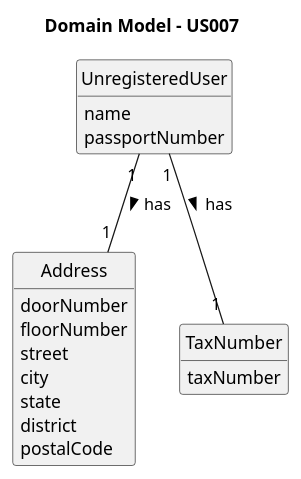
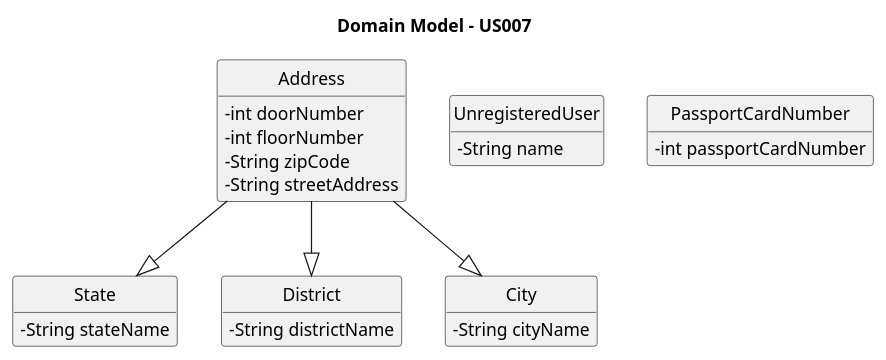
Before and after one commit to 1220812/LAPR2: the diagram in docs/sprintC/us007/02.analysis/puml/us007-domain-model.puml, drawn with PlantUML. The commit also changed 19 other files, not shown here.

```diff
--- a/docs/sprintC/us007/02.analysis/puml/us007-domain-model.puml
+++ b/docs/sprintC/us007/02.analysis/puml/us007-domain-model.puml
@@ -1,37 +1,48 @@
 @startuml
 skinparam monochrome true
 skinparam packageStyle rectangle
 skinparam shadowing false
 
 'left to right direction
 
 skinparam classAttributeIconSize 0
 
 hide circle
 hide methods
 
 title Domain Model - US007
 
-class UnregisteredUser{
-name
-passportNumber
+class Address{
+-int doorNumber
+-int floorNumber
+-String zipCode
+-String streetAddress
 }
 
-class Address{
-doorNumber
-floorNumber
-street
-city
-state
-district
-postalCode
+class State{
+-String stateName
 }
 
-class TaxNumber{
-taxNumber
+class District{
+-String districtName
 }
 
-UnregisteredUser "1" -- "1" Address : has >
-UnregisteredUser "1" -- "1" TaxNumber : has >
+class City{
+-String cityName
+}
+
+class UnregisteredUser{
+-String name
+
+}
+
+class PassportCardNumber{
+-int passportCardNumber
+}
+
+
+Address --|> State
+Address --|> City
+Address --|> District
 
 @enduml
```
